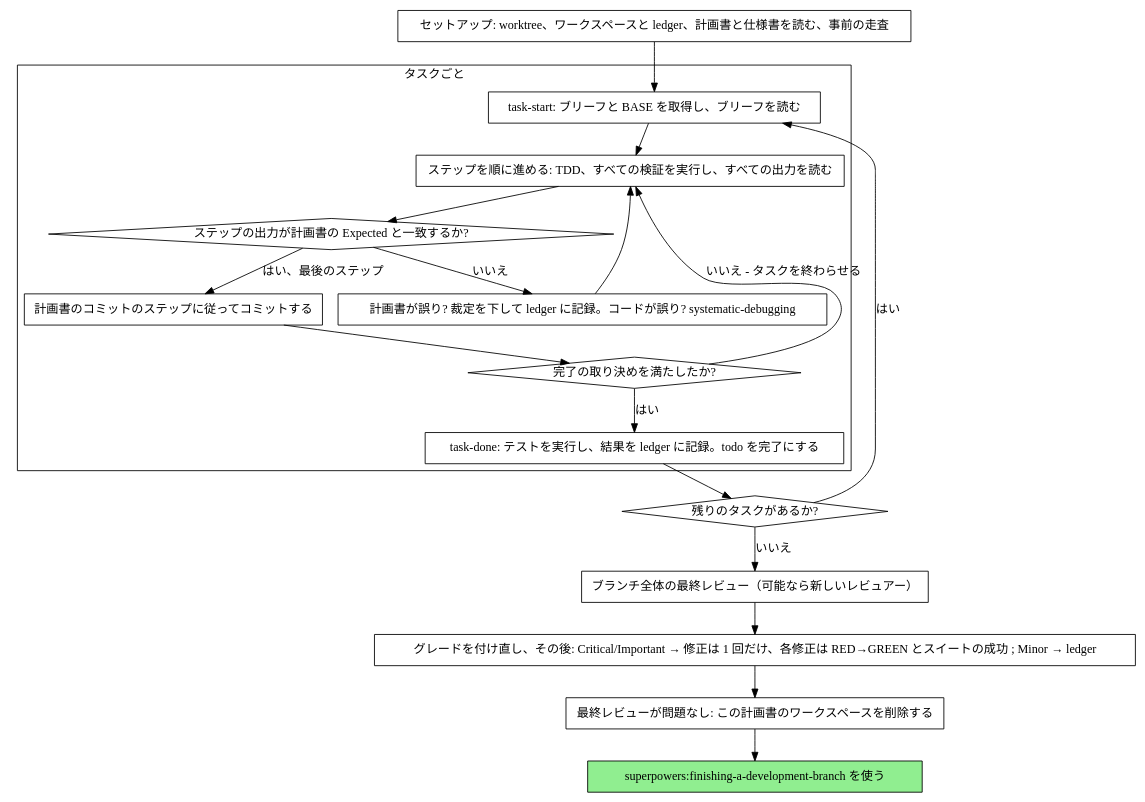
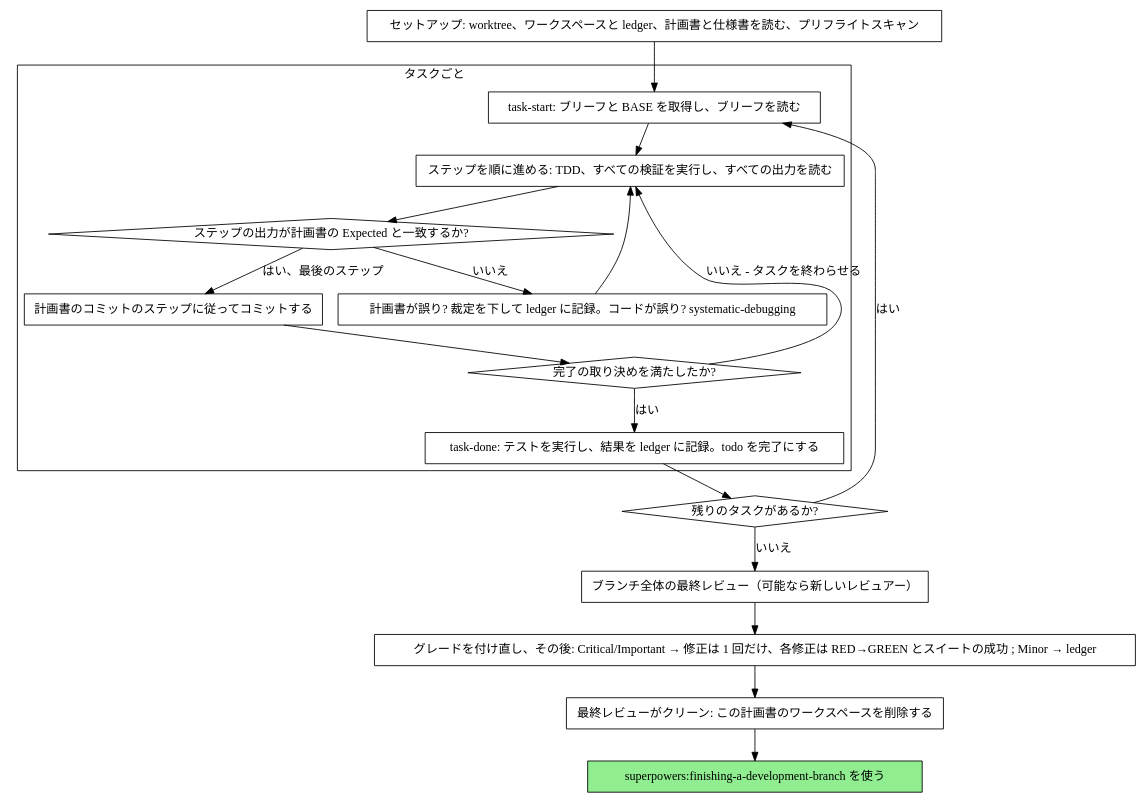
The diagram in plugins/superpowers/skills/executing-plans/SKILL.md (hiz8/dotfiles), drawn with Graphviz before and after one commit. The commit also changed other lines of this file and 11 other files, not shown here.

````diff
--- a/plugins/superpowers/skills/executing-plans/SKILL.md
+++ b/plugins/superpowers/skills/executing-plans/SKILL.md
@@ -34,39 +34,39 @@
 ```dot
 digraph process {
     rankdir=TB;
 
     subgraph cluster_per_task {
         label="タスクごと";
         "task-start: ブリーフと BASE を取得し、ブリーフを読む" [shape=box];
         "ステップを順に進める: TDD、すべての検証を実行し、すべての出力を読む" [shape=box];
         "ステップの出力が計画書の Expected と一致するか?" [shape=diamond];
         "計画書が誤り? 裁定を下して ledger に記録。コードが誤り? systematic-debugging" [shape=box];
         "計画書のコミットのステップに従ってコミットする" [shape=box];
         "完了の取り決めを満たしたか?" [shape=diamond];
         "task-done: テストを実行し、結果を ledger に記録。todo を完了にする" [shape=box];
     }
 
-    "セットアップ: worktree、ワークスペースと ledger、計画書と仕様書を読む、事前の走査" [shape=box];
+    "セットアップ: worktree、ワークスペースと ledger、計画書と仕様書を読む、プリフライトスキャン" [shape=box];
     "残りのタスクがあるか?" [shape=diamond];
     "ブランチ全体の最終レビュー（可能なら新しいレビュアー）" [shape=box];
     "グレードを付け直し、その後: Critical/Important → 修正は 1 回だけ、各修正は RED→GREEN とスイートの成功 ; Minor → ledger" [shape=box];
-    "最終レビューが問題なし: この計画書のワークスペースを削除する" [shape=box];
+    "最終レビューがクリーン: この計画書のワークスペースを削除する" [shape=box];
     "superpowers:finishing-a-development-branch を使う" [shape=box style=filled fillcolor=lightgreen];
 
-    "セットアップ: worktree、ワークスペースと ledger、計画書と仕様書を読む、事前の走査" -> "task-start: ブリーフと BASE を取得し、ブリーフを読む";
+    "セットアップ: worktree、ワークスペースと ledger、計画書と仕様書を読む、プリフライトスキャン" -> "task-start: ブリーフと BASE を取得し、ブリーフを読む";
     "task-start: ブリーフと BASE を取得し、ブリーフを読む" -> "ステップを順に進める: TDD、すべての検証を実行し、すべての出力を読む";
     "ステップを順に進める: TDD、すべての検証を実行し、すべての出力を読む" -> "ステップの出力が計画書の Expected と一致するか?";
     "ステップの出力が計画書の Expected と一致するか?" -> "計画書が誤り? 裁定を下して ledger に記録。コードが誤り? systematic-debugging" [label="いいえ"];
     "計画書が誤り? 裁定を下して ledger に記録。コードが誤り? systematic-debugging" -> "ステップを順に進める: TDD、すべての検証を実行し、すべての出力を読む";
     "ステップの出力が計画書の Expected と一致するか?" -> "計画書のコミットのステップに従ってコミットする" [label="はい、最後のステップ"];
     "計画書のコミットのステップに従ってコミットする" -> "完了の取り決めを満たしたか?";
     "完了の取り決めを満たしたか?" -> "ステップを順に進める: TDD、すべての検証を実行し、すべての出力を読む" [label="いいえ - タスクを終わらせる"];
     "完了の取り決めを満たしたか?" -> "task-done: テストを実行し、結果を ledger に記録。todo を完了にする" [label="はい"];
     "task-done: テストを実行し、結果を ledger に記録。todo を完了にする" -> "残りのタスクがあるか?";
     "残りのタスクがあるか?" -> "task-start: ブリーフと BASE を取得し、ブリーフを読む" [label="はい"];
     "残りのタスクがあるか?" -> "ブランチ全体の最終レビュー（可能なら新しいレビュアー）" [label="いいえ"];
     "ブランチ全体の最終レビュー（可能なら新しいレビュアー）" -> "グレードを付け直し、その後: Critical/Important → 修正は 1 回だけ、各修正は RED→GREEN とスイートの成功 ; Minor → ledger";
-    "グレードを付け直し、その後: Critical/Important → 修正は 1 回だけ、各修正は RED→GREEN とスイートの成功 ; Minor → ledger" -> "最終レビューが問題なし: この計画書のワークスペースを削除する";
-    "最終レビューが問題なし: この計画書のワークスペースを削除する" -> "superpowers:finishing-a-development-branch を使う";
+    "グレードを付け直し、その後: Critical/Important → 修正は 1 回だけ、各修正は RED→GREEN とスイートの成功 ; Minor → ledger" -> "最終レビューがクリーン: この計画書のワークスペースを削除する";
+    "最終レビューがクリーン: この計画書のワークスペースを削除する" -> "superpowers:finishing-a-development-branch を使う";
 }
 ```
````
